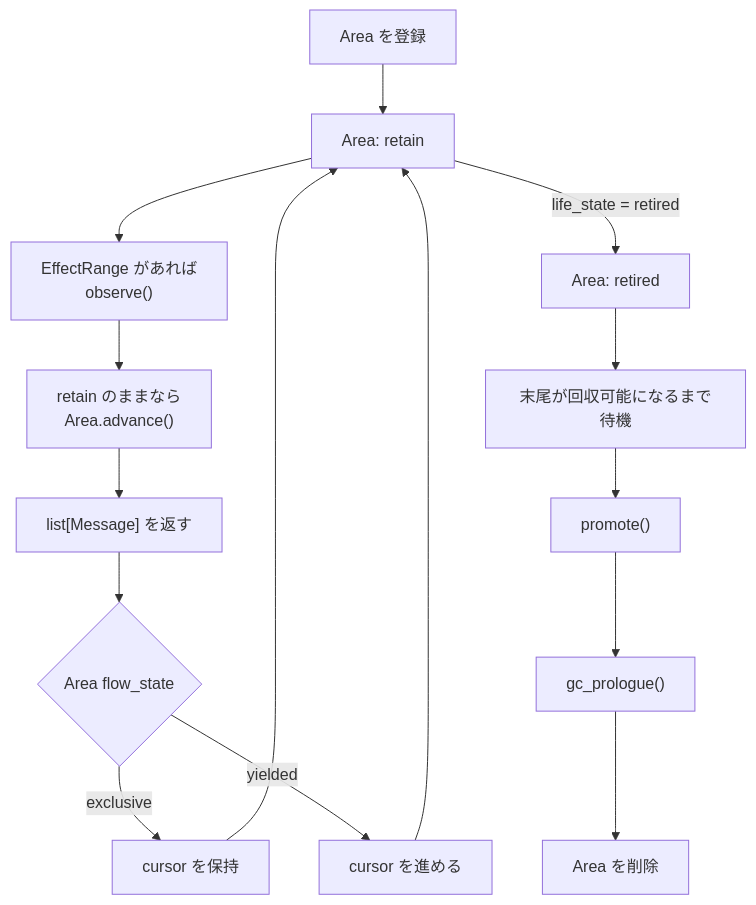
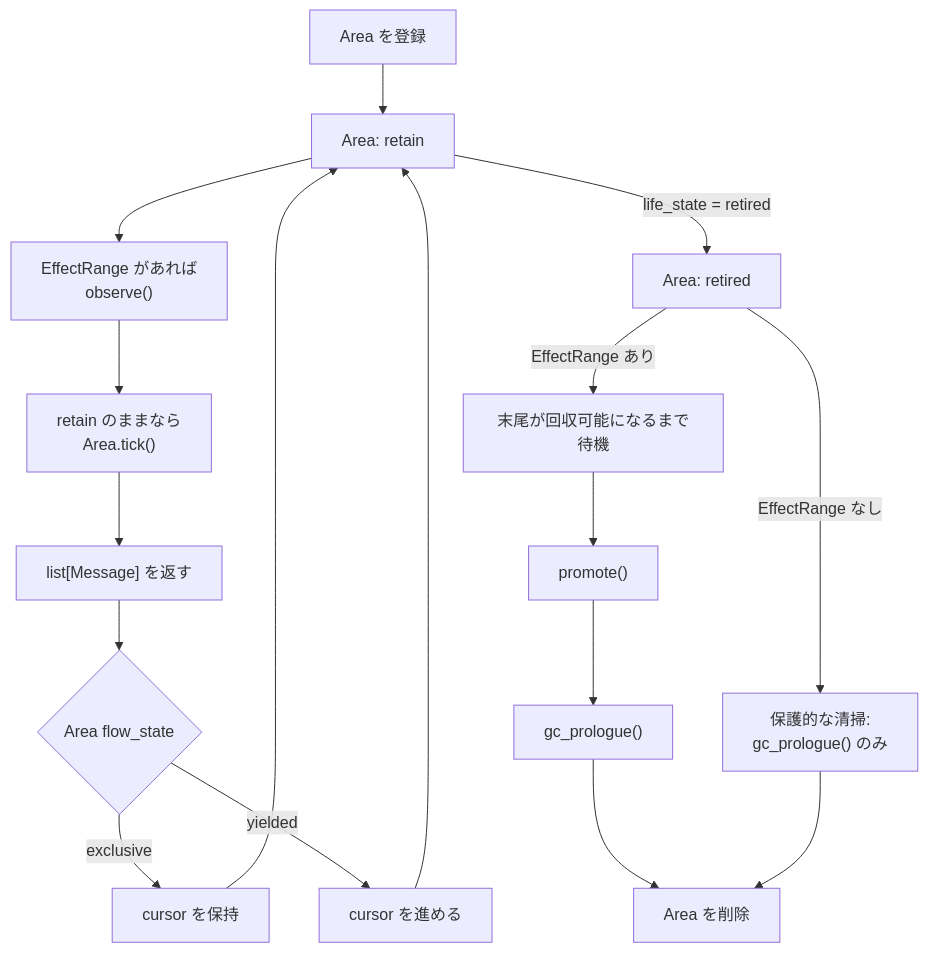
One commit to OvenFoSten/Hydrangea changed the diagram in docs/ja/context-areas.md. Above: the diagram before and after it, drawn with Mermaid. The commit also changed other lines of this file and 7 other files, not shown here.

First line of the commit message:
Discard retired Areas without Context effects

````diff
--- a/docs/ja/context-areas.md
+++ b/docs/ja/context-areas.md
@@ -184,22 +184,24 @@
 ```mermaid
 flowchart TD
     accTitle: Context Area のライフサイクル
-    accDescr: CoopContext は retain 状態の Area を繰り返し observe および advance し、Area が retire した後は promote と回収が可能になるまで待機します。
+    accDescr: CoopContext は retain 状態の Area の observe と tick を繰り返し呼びます。EffectRange を持つ retired Area は末尾の回収を待ち、持たない Area は清掃通知だけを受けて削除されます。
 
     Register["Area を登録"] --> Retain["Area: retain"]
     Retain --> Observe["EffectRange があれば<br/>observe()"]
-    Observe --> AreaAdvance["retain のままなら<br/>Area.advance()"]
-    AreaAdvance --> Messages["list[Message] を返す"]
+    Observe --> AreaTick["retain のままなら<br/>Area.tick()"]
+    AreaTick --> Messages["list[Message] を返す"]
     Messages --> Flow{"Area flow_state"}
 
     Flow -- exclusive --> Keep["cursor を保持"]
     Flow -- yielded --> Advance["cursor を進める"]
     Keep --> Retain
     Advance --> Retain
 
     Retain -->|"life_state = retired"| Retired["Area: retired"]
-    Retired --> Wait["末尾が回収可能になるまで待機"]
+    Retired -->|"EffectRange あり"| Wait["末尾が回収可能になるまで待機"]
     Wait --> Promote["promote()"]
     Promote --> Prologue["gc_prologue()"]
     Prologue --> Removed["Area を削除"]
+    Retired -->|"EffectRange なし"| Discard["保護的な清掃:<br/>gc_prologue() のみ"]
+    Discard --> Removed
 ```
````
